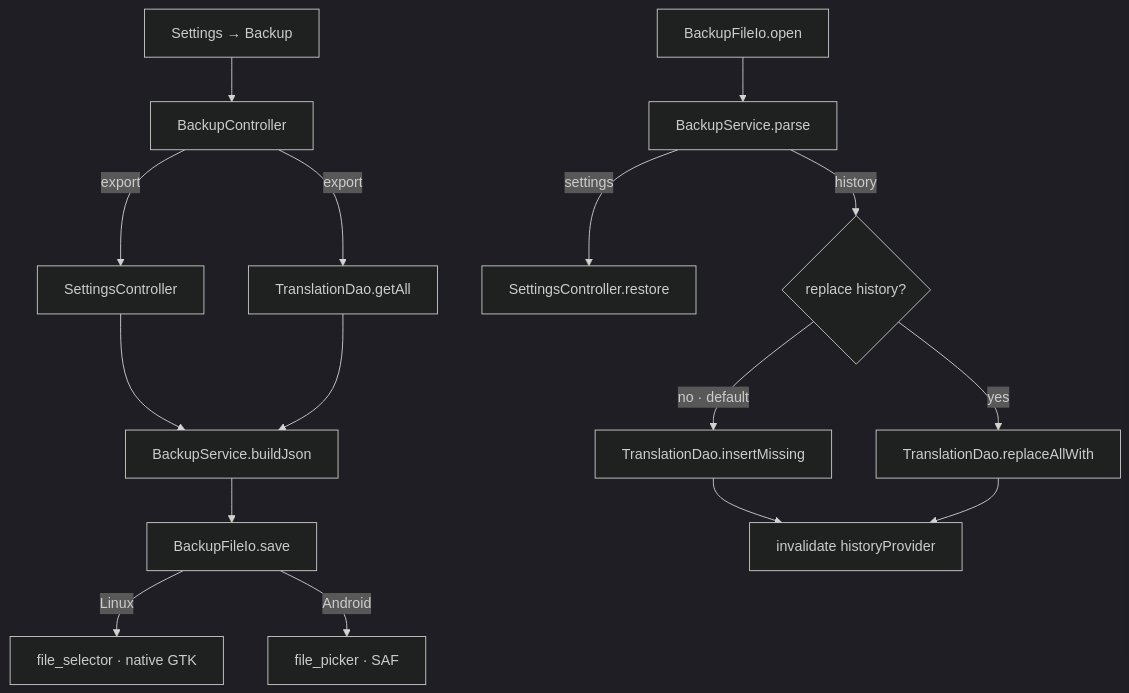
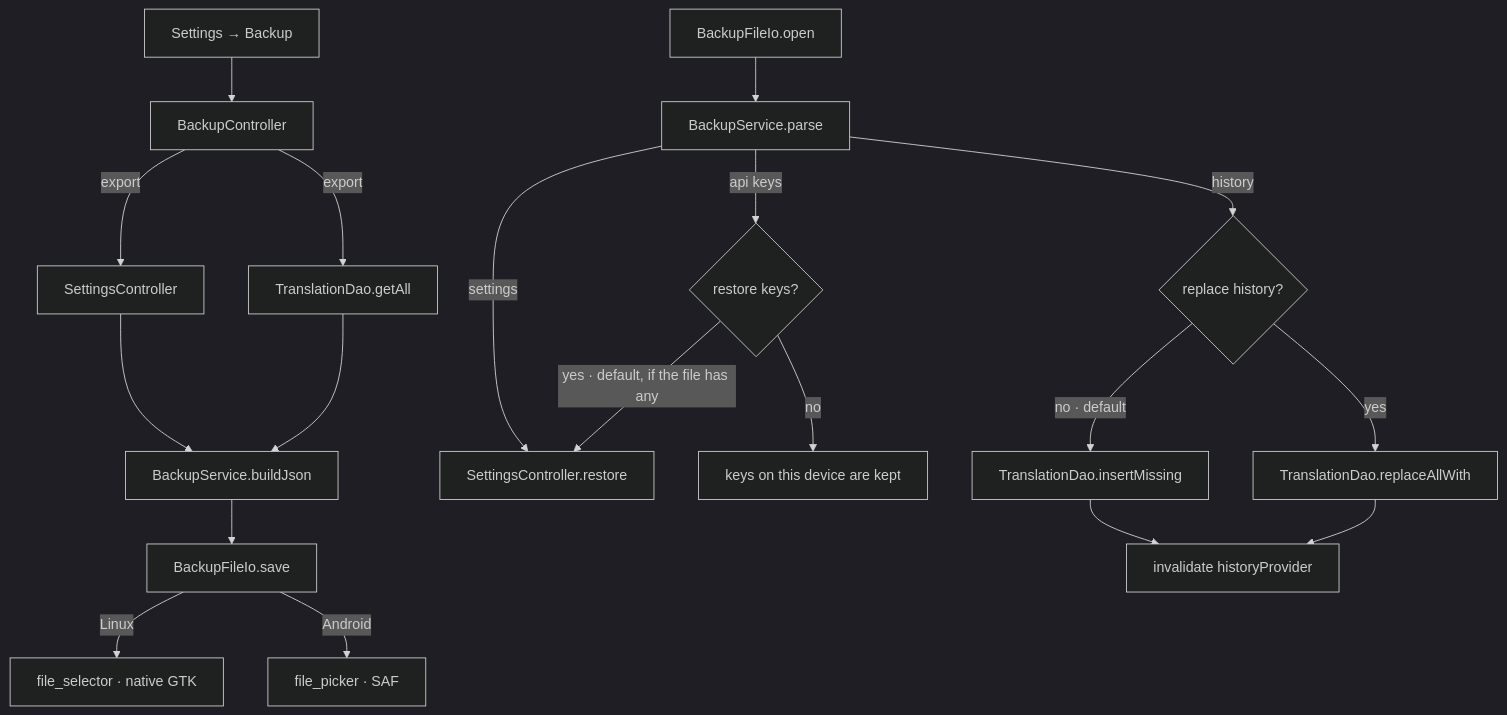
Before and after one commit to rdOxalis/tafsiri: the third of 4 diagrams in docs/architecture.md, drawn with Mermaid (dark theme). The commit also changed other lines of this file and 33 other files, not shown here.

````diff
--- a/docs/architecture.md
+++ b/docs/architecture.md
@@ -102,17 +102,20 @@
 ```mermaid
 flowchart TD
     B[Settings → Backup] --> BC[BackupController]
     BC -->|export| SC[SettingsController]
     BC -->|export| DAO[TranslationDao.getAll]
     SC & DAO --> BS[BackupService.buildJson]
     BS --> IO[BackupFileIo.save]
     IO -->|Linux| FS[file_selector · native GTK]
     IO -->|Android| FP[file_picker · SAF]
 
     IO2[BackupFileIo.open] --> BP[BackupService.parse]
     BP -->|settings| SCR[SettingsController.restore]
+    BP -->|api keys| RK{restore keys?}
+    RK -->|yes · default, if the file has any| SCR
+    RK -->|no| KEEP[keys on this device are kept]
     BP -->|history| RM{replace history?}
     RM -->|no · default| DM[TranslationDao.insertMissing]
     RM -->|yes| DR[TranslationDao.replaceAllWith]
     DM & DR --> HP[invalidate historyProvider]
 ```
````
